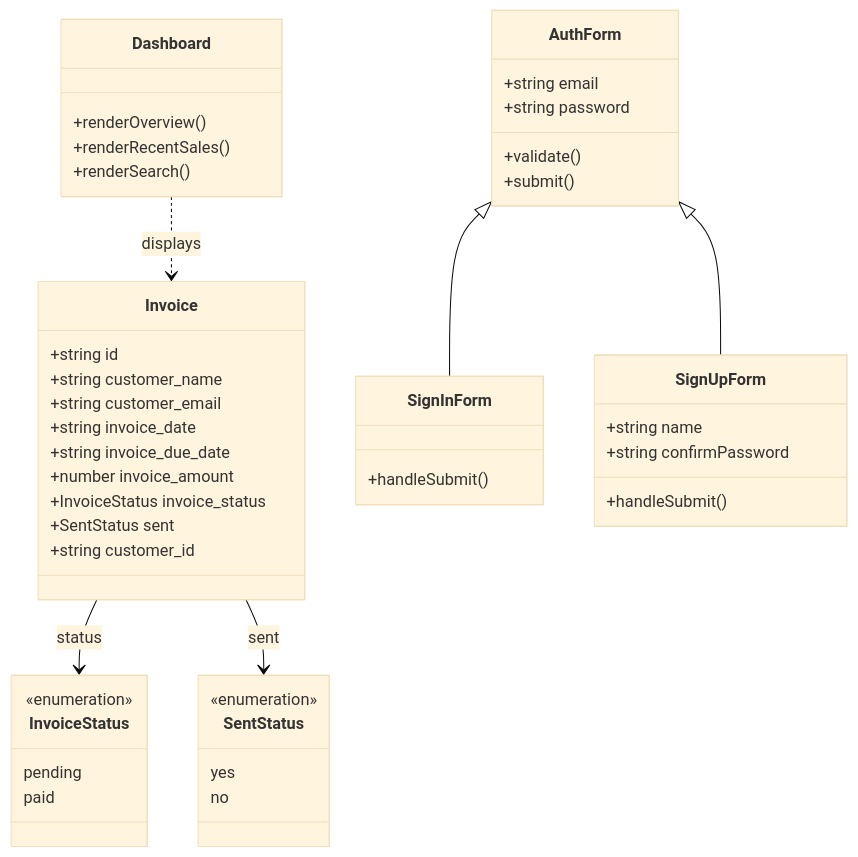
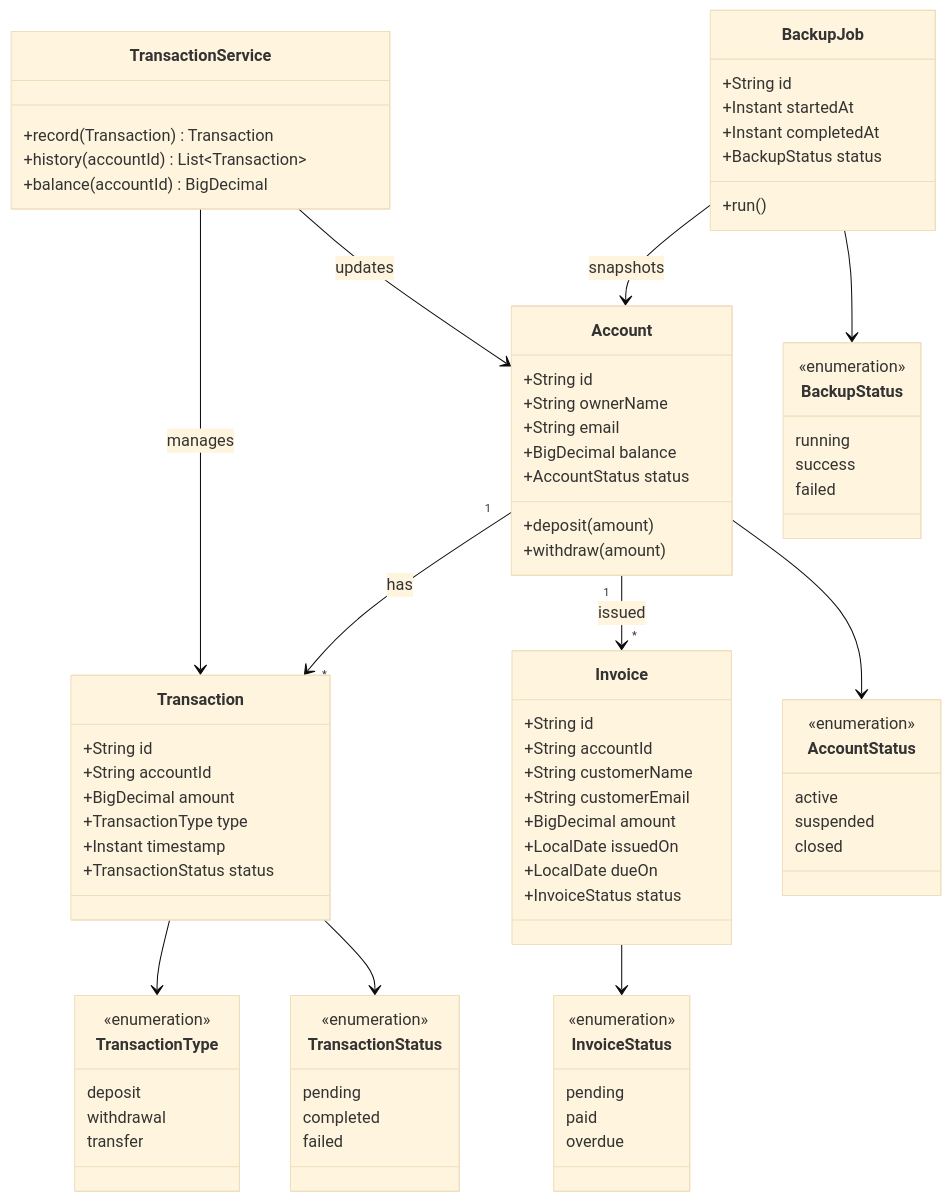
The third of 5 diagrams in README.md (ogc16/fina), drawn with Mermaid (base theme) before and after one commit. The commit also changed other lines of this file and 43 other files, not shown here.

Commit message:
chore: remove Next.js frontend and document Java/Redis architecture

````diff
--- a/README.md
+++ b/README.md
@@ -147,55 +162,92 @@
 ```mermaid
 classDiagram
+    class Account {
+        +String id
+        +String ownerName
+        +String email
+        +BigDecimal balance
+        +AccountStatus status
+        +deposit(amount)
+        +withdraw(amount)
+    }
+
+    class Transaction {
+        +String id
+        +String accountId
+        +BigDecimal amount
+        +TransactionType type
+        +Instant timestamp
+        +TransactionStatus status
+    }
+
     class Invoice {
-        +string id
-        +string customer_name
-        +string customer_email
-        +string invoice_date
-        +string invoice_due_date
-        +number invoice_amount
-        +InvoiceStatus invoice_status
-        +SentStatus sent
-        +string customer_id
+        +String id
+        +String accountId
+        +String customerName
+        +String customerEmail
+        +BigDecimal amount
+        +LocalDate issuedOn
+        +LocalDate dueOn
+        +InvoiceStatus status
+    }
+
+    class BackupJob {
+        +String id
+        +Instant startedAt
+        +Instant completedAt
+        +BackupStatus status
+        +run()
+    }
+
+    class TransactionService {
+        +record(Transaction) Transaction
+        +history(accountId) List~Transaction~
+        +balance(accountId) BigDecimal
+    }
+
+    class AccountStatus {
+        <<enumeration>>
+        active
+        suspended
+        closed
+    }
+
+    class TransactionType {
+        <<enumeration>>
+        deposit
+        withdrawal
+        transfer
+    }
+
+    class TransactionStatus {
+        <<enumeration>>
+        pending
+        completed
+        failed
     }
 
     class InvoiceStatus {
         <<enumeration>>
         pending
         paid
+        overdue
     }
 
-    class SentStatus {
+    class BackupStatus {
         <<enumeration>>
-        yes
-        no
+        running
+        success
+        failed
     }
 
-    class Dashboard {
-        +renderOverview()
-        +renderRecentSales()
-        +renderSearch()
-    }
-
-    class AuthForm {
-        +string email
-        +string password
-        +validate()
-        +submit()
-    }
-
-    class SignInForm {
-        +handleSubmit()
-    }
-
-    class SignUpForm {
-        +string name
-        +string confirmPassword
-        +handleSubmit()
-    }
-
-    Invoice --> InvoiceStatus : status
-    Invoice --> SentStatus : sent
-    Dashboard ..> Invoice : displays
-    AuthForm <|-- SignInForm
-    AuthForm <|-- SignUpForm
+    Account "1" --> "*" Transaction : has
+    Account "1" --> "*" Invoice : issued
+    TransactionService --> Transaction : manages
+    TransactionService --> Account : updates
+    BackupJob --> Account : snapshots
+    Account --> AccountStatus
+    Transaction --> TransactionType
+    Transaction --> TransactionStatus
+    Invoice --> InvoiceStatus
+    BackupJob --> BackupStatus
 ```
````
